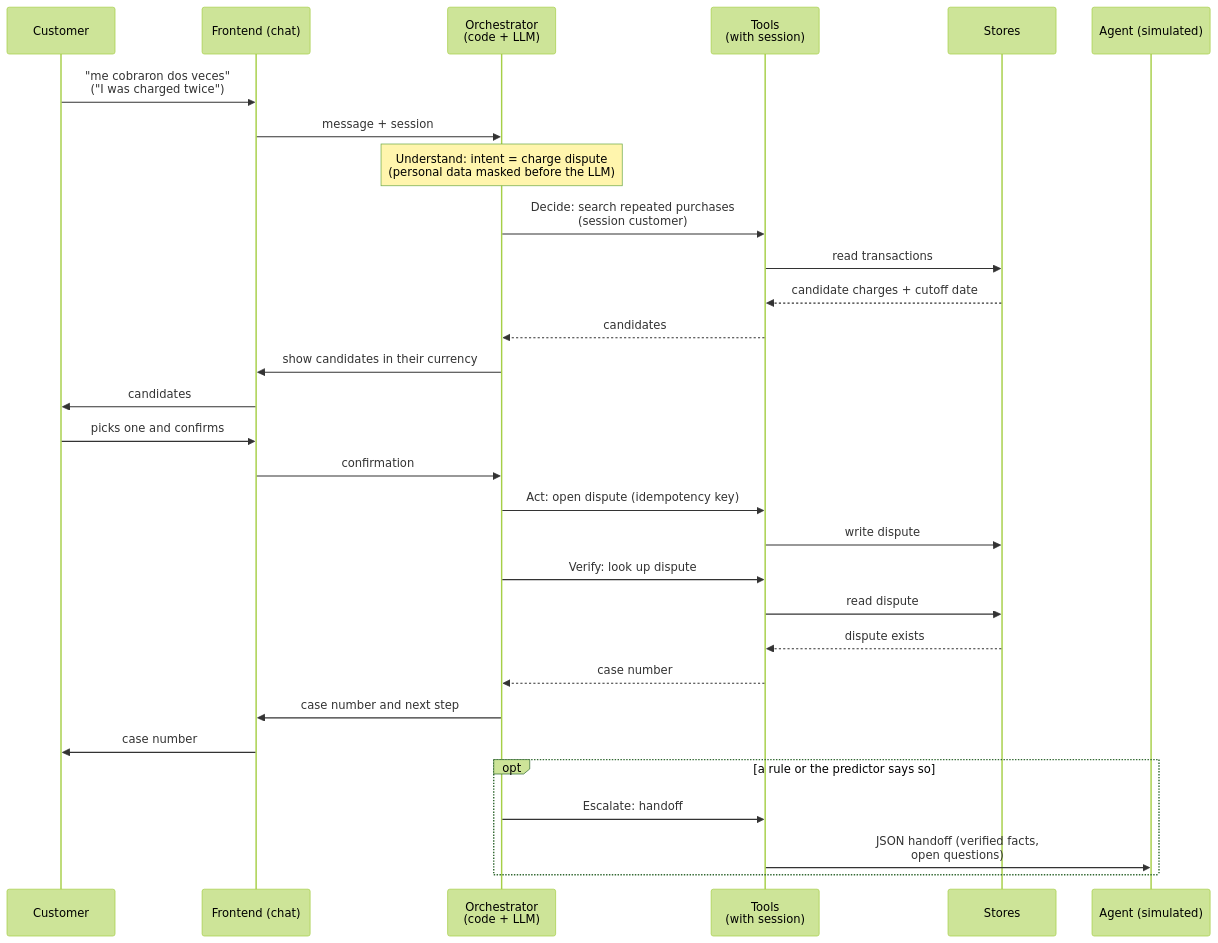
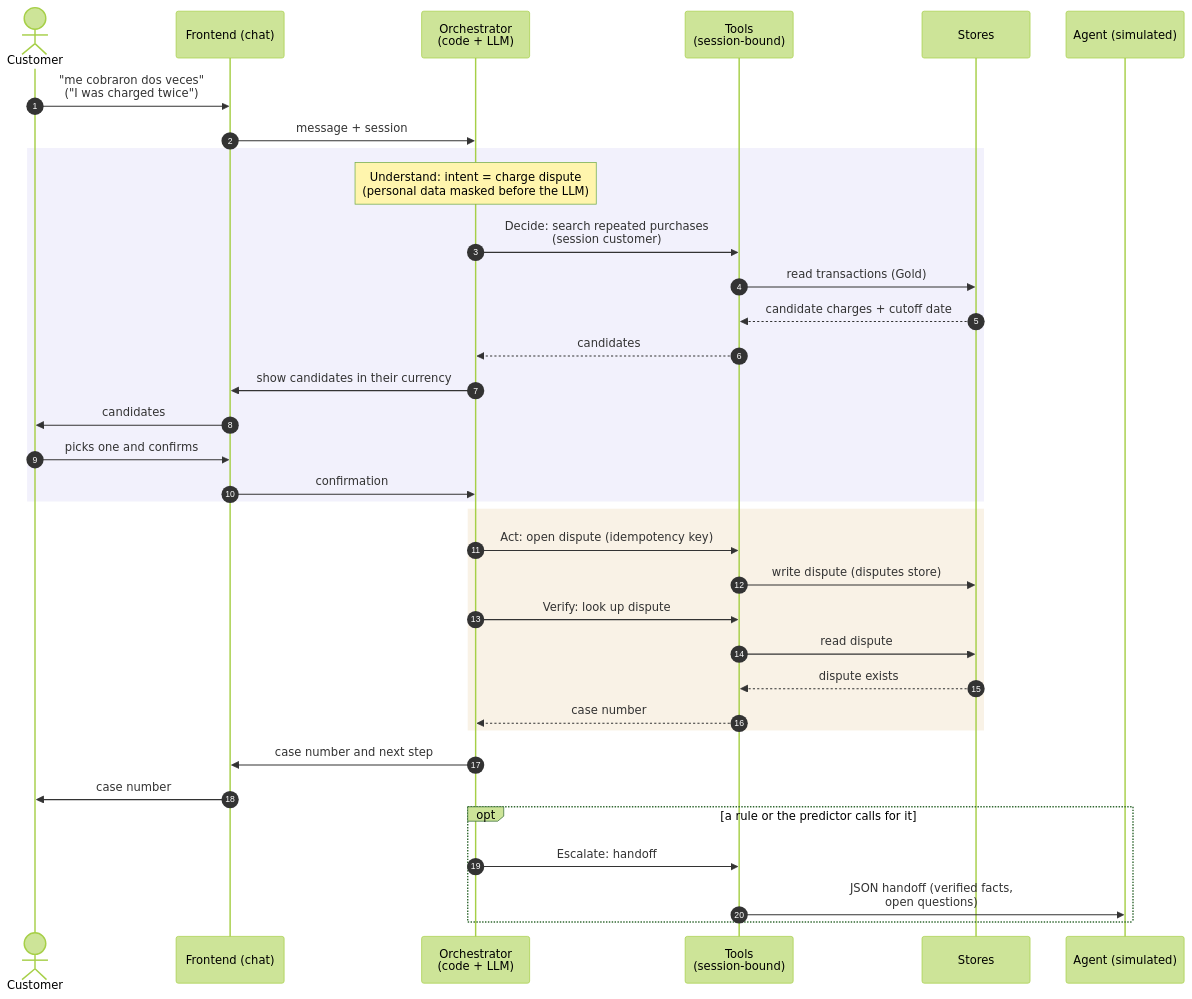
One commit to rdorta27/factored-hackathon-2026-sentinel-engine changed the fourth of 4 diagrams in docs/understand/architecture.md. Above: the diagram before and after it, drawn with Mermaid (forest theme). The commit also changed other lines of this file and 1 other file, not shown here.

First line of the commit message:
docs: redraw the architecture and roadmap diagrams with one visual language

````diff
--- a/docs/understand/architecture.md
+++ b/docs/understand/architecture.md
@@ -91,32 +131,38 @@
 ```mermaid
 sequenceDiagram
-    participant C as Customer
+    autonumber
+    actor C as Customer
     participant F as Frontend (chat)
     participant O as Orchestrator<br/>(code + LLM)
-    participant T as Tools<br/>(with session)
+    participant T as Tools<br/>(session-bound)
     participant S as Stores
     participant A as Agent (simulated)
+
     C->>F: "me cobraron dos veces"<br/>("I was charged twice")
     F->>O: message + session
+    rect rgba(91, 79, 214, 0.08)
     Note over O: Understand: intent = charge dispute<br/>(personal data masked before the LLM)
     O->>T: Decide: search repeated purchases<br/>(session customer)
-    T->>S: read transactions
+    T->>S: read transactions (Gold)
     S-->>T: candidate charges + cutoff date
     T-->>O: candidates
     O->>F: show candidates in their currency
     F->>C: candidates
     C->>F: picks one and confirms
     F->>O: confirmation
+    end
+    rect rgba(199, 125, 18, 0.10)
     O->>T: Act: open dispute (idempotency key)
-    T->>S: write dispute
+    T->>S: write dispute (disputes store)
     O->>T: Verify: look up dispute
     T->>S: read dispute
     S-->>T: dispute exists
     T-->>O: case number
+    end
     O->>F: case number and next step
     F->>C: case number
-    opt a rule or the predictor says so
+    opt a rule or the predictor calls for it
         O->>T: Escalate: handoff
         T->>A: JSON handoff (verified facts,<br/>open questions)
     end
 ```
````
